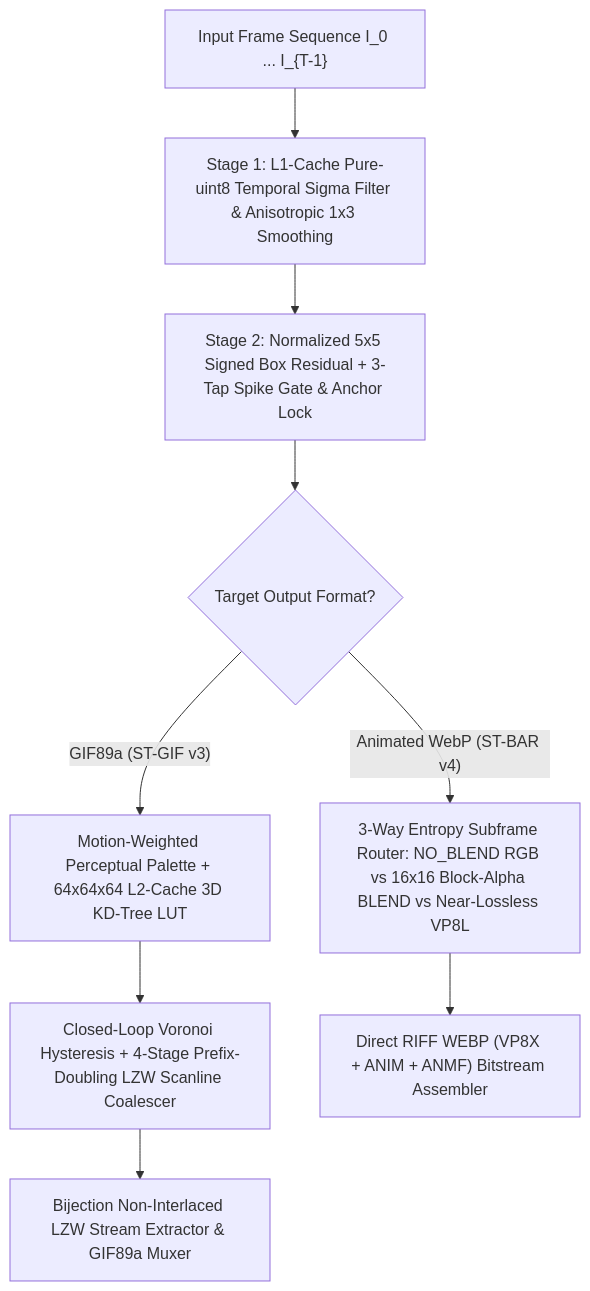
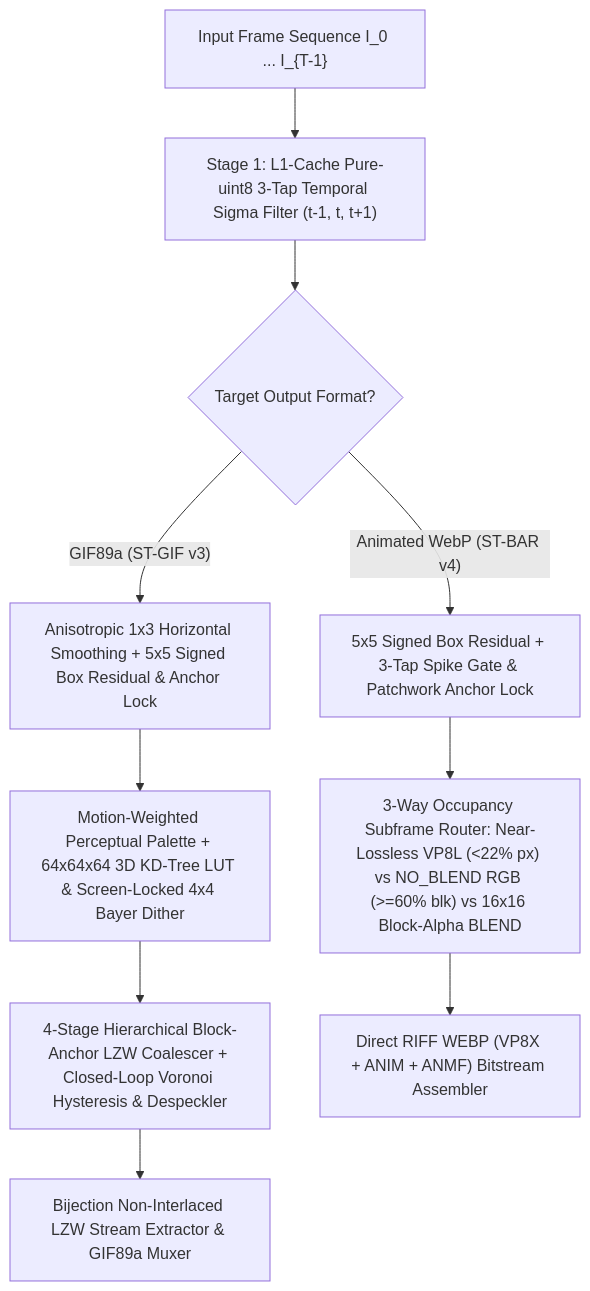
Before and after one commit to LoveBlonde/st-bar-gif-studio: the diagram in README.md, drawn with Mermaid. The commit also changed other lines of this file and 4 other files, not shown here.

Commit message:
docs: align mathematical formulas and Mermaid diagrams in all 5 READMEs 100% with code

````diff
--- a/README.md
+++ b/README.md
@@ -88,11 +88,12 @@
 ```mermaid
 flowchart TD
-    A["Input Frame Sequence I_0 ... I_{T-1}"] --> B["Stage 1: L1-Cache Pure-uint8 Temporal Sigma Filter & Anisotropic 1x3 Smoothing"]
-    B --> C["Stage 2: Normalized 5x5 Signed Box Residual + 3-Tap Spike Gate & Anchor Lock"]
-    C --> D{"Target Output Format?"}
-    D -- "GIF89a (ST-GIF v3)" --> E["Motion-Weighted Perceptual Palette + 64x64x64 L2-Cache 3D KD-Tree LUT"]
-    E --> F["Closed-Loop Voronoi Hysteresis + 4-Stage Prefix-Doubling LZW Scanline Coalescer"]
+    A["Input Frame Sequence I_0 ... I_{T-1}"] --> B["Stage 1: L1-Cache Pure-uint8 3-Tap Temporal Sigma Filter (t-1, t, t+1)"]
+    B --> C{"Target Output Format?"}
+    C -- "GIF89a (ST-GIF v3)" --> D["Anisotropic 1x3 Horizontal Smoothing + 5x5 Signed Box Residual & Anchor Lock"]
+    D --> E["Motion-Weighted Perceptual Palette + 64x64x64 3D KD-Tree LUT & Screen-Locked 4x4 Bayer Dither"]
+    E --> F["4-Stage Hierarchical Block-Anchor LZW Coalescer + Closed-Loop Voronoi Hysteresis & Despeckler"]
     F --> G["Bijection Non-Interlaced LZW Stream Extractor & GIF89a Muxer"]
-    D -- "Animated WebP (ST-BAR v4)" --> H["3-Way Entropy Subframe Router: NO_BLEND RGB vs 16x16 Block-Alpha BLEND vs Near-Lossless VP8L"]
-    H --> I["Direct RIFF WEBP (VP8X + ANIM + ANMF) Bitstream Assembler"]
+    C -- "Animated WebP (ST-BAR v4)" --> H["5x5 Signed Box Residual + 3-Tap Spike Gate & Patchwork Anchor Lock"]
+    H --> I["3-Way Occupancy Subframe Router: Near-Lossless VP8L (<22% px) vs NO_BLEND RGB (>=60% blk) vs 16x16 Block-Alpha BLEND"]
+    I --> J["Direct RIFF WEBP (VP8X + ANIM + ANMF) Bitstream Assembler"]
 ```
````
